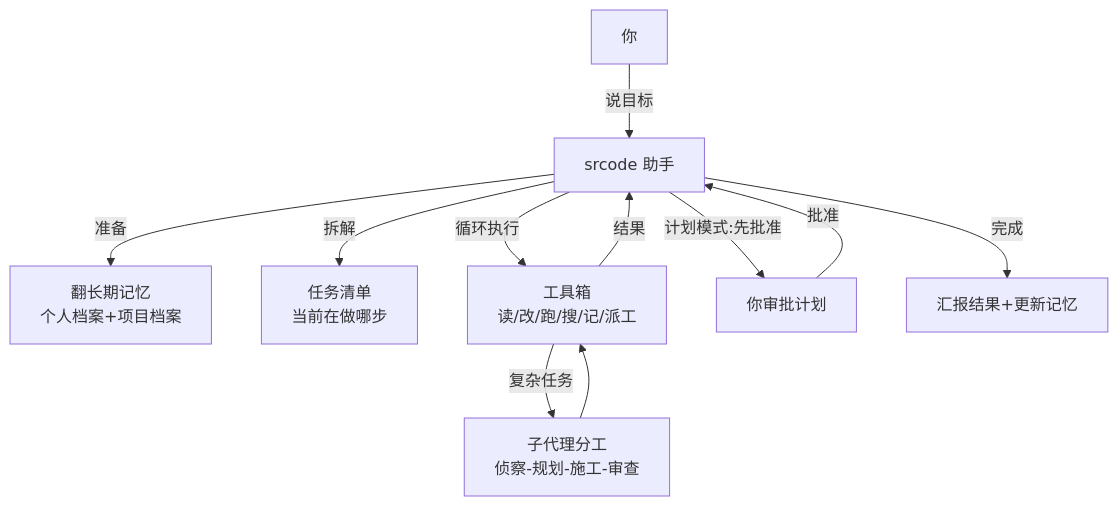
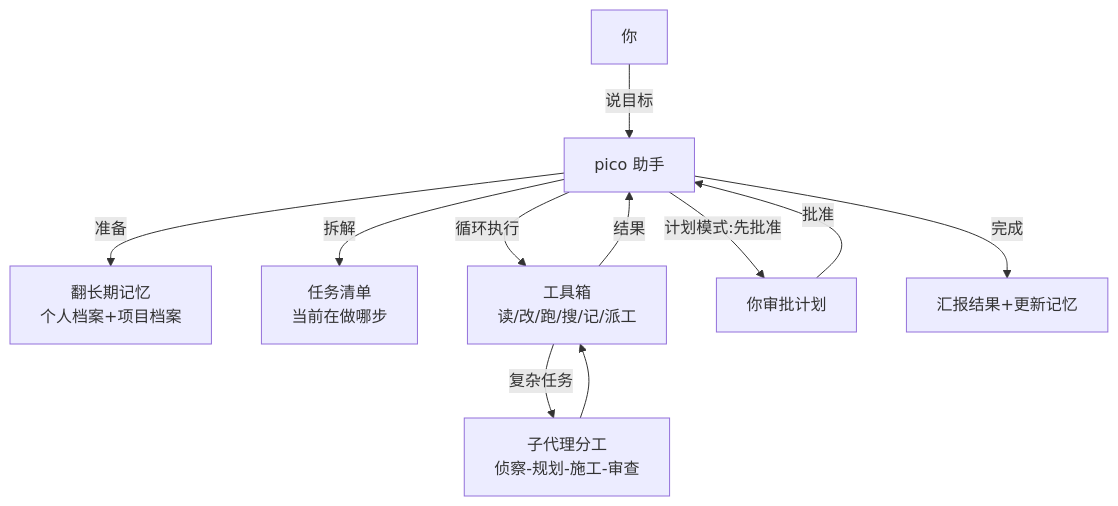
Before and after one commit to sswym/pico: the sixth of 6 diagrams in docs/srcode-intro.md, drawn with Mermaid. The commit also changed other lines of this file and 94 other files, not shown here.

First line of the commit message:
chore: 项目更名 srcode → pico

````diff
--- a/docs/srcode-intro.md
+++ b/docs/srcode-intro.md
@@ -197,13 +197,13 @@
 ```mermaid
 flowchart TD
-    U[你] -->|说目标| P[srcode 助手]
+    U[你] -->|说目标| P[pico 助手]
     P -->|准备| M[翻长期记忆<br/>个人档案+项目档案]
     P -->|拆解| T[任务清单<br/>当前在做哪步]
     P -->|循环执行| TOOL[工具箱<br/>读/改/跑/搜/记/派工]
     TOOL -->|复杂任务| SA[子代理分工<br/>侦察-规划-施工-审查]
     SA --> TOOL
     TOOL -->|结果| P
     P -->|计划模式:先批准| Y[你审批计划]
     Y -->|批准| P
     P -->|完成| D[汇报结果+更新记忆]
 ```
````
